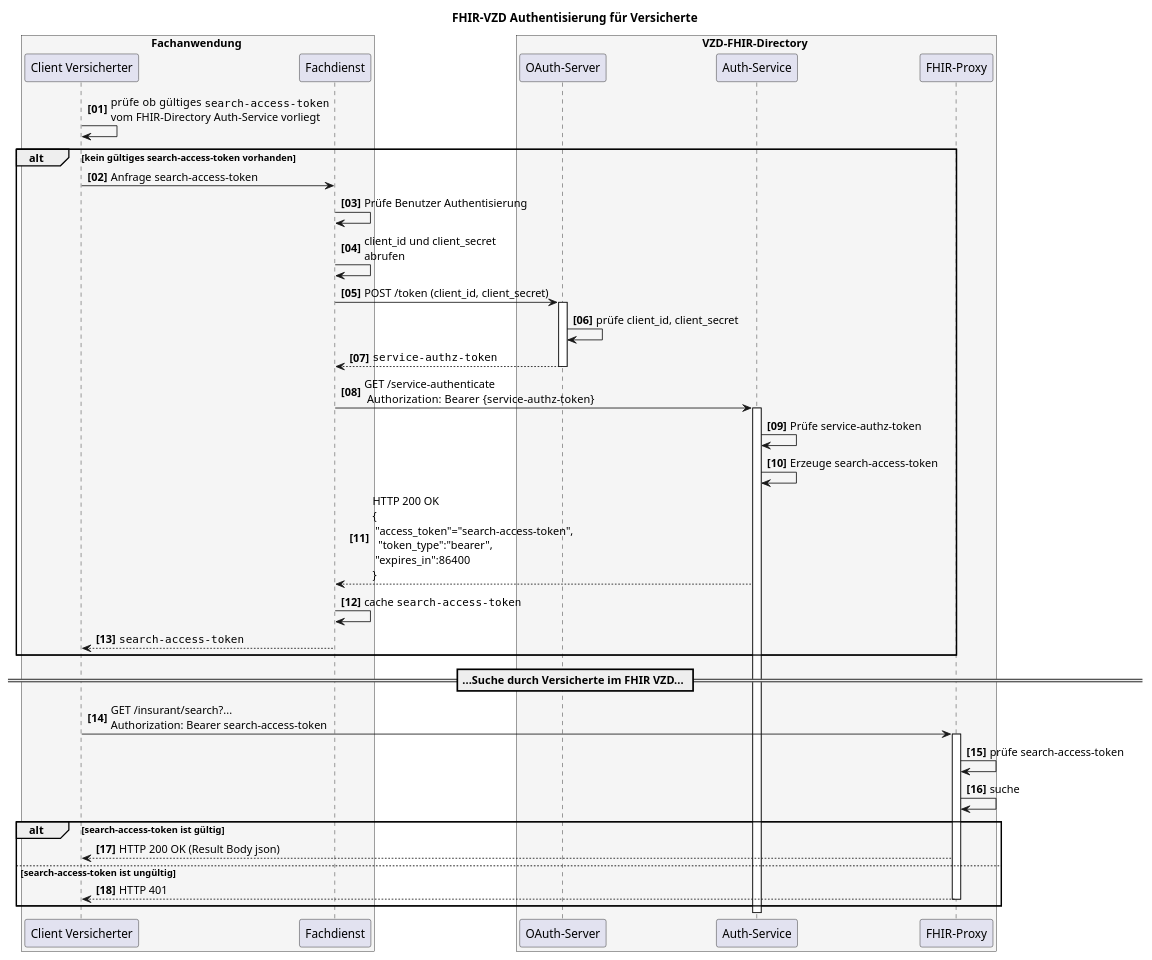
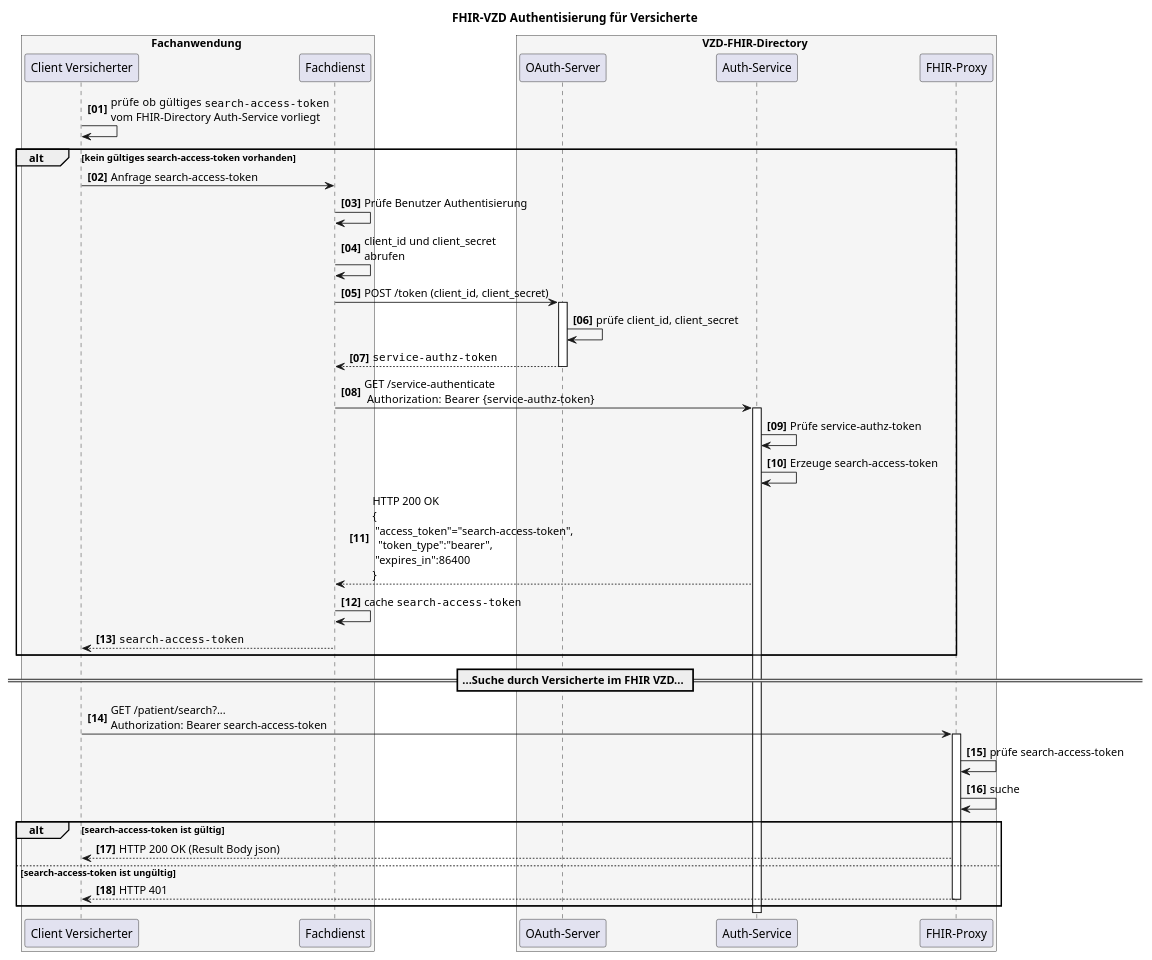
One commit to gematik/api-vzd changed the diagram in src/plantuml/SequenceDiagram.FHIR-Directory.fdv.search.puml. Above: the diagram before and after it, drawn with PlantUML. The commit also changed 1 other file, not shown here.

Commit message:
update to patient

```diff
--- a/src/plantuml/SequenceDiagram.FHIR-Directory.fdv.search.puml
+++ b/src/plantuml/SequenceDiagram.FHIR-Directory.fdv.search.puml
@@ -1,56 +1,56 @@
 @startuml
 autonumber 1 1 "<b>[00]"
 title "FHIR-VZD Authentisierung für Versicherte"
 
 
 box Fachanwendung #WhiteSmoke
     participant VClient as "Client Versicherter"
     participant FDienst as "Fachdienst"
 end box
 
 box VZD-FHIR-Directory #WhiteSmoke
     participant "OAuth-Server" as VzdOAuth
     participant "Auth-Service" as VzdAuth
     participant fp as "FHIR-Proxy"
 end box
 
 
 VClient-> VClient: prüfe ob  gültiges ""search-access-token""\nvom FHIR-Directory Auth-Service vorliegt
 
 
 alt kein gültiges search-access-token vorhanden
    VClient-> FDienst: Anfrage search-access-token
 
    FDienst->FDienst: Prüfe Benutzer Authentisierung
    
    FDienst -> FDienst: client_id und client_secret\nabrufen
    FDienst ->VzdOAuth++: POST /token (client_id, client_secret)
    VzdOAuth->VzdOAuth: prüfe client_id, client_secret
    VzdOAuth-->FDienst--: ""service-authz-token""
 
    FDienst->VzdAuth++: GET /service-authenticate \n Authorization:   Bearer {service-authz-token}
 
    VzdAuth->VzdAuth: Prüfe service-authz-token
 
    VzdAuth->VzdAuth: Erzeuge search-access-token
    VzdAuth-->FDienst: HTTP 200 OK\n{\n "access_token"="search-access-token",\n  "token_type":"bearer",\n "expires_in":86400\n}
 
    FDienst->FDienst: cache ""search-access-token""
 
    FDienst-->VClient: ""search-access-token""
 end
 
 == ...Suche durch Versicherte im FHIR VZD... ==
 
-VClient -> fp: GET /insurant/search?... \nAuthorization: Bearer search-access-token
+VClient -> fp: GET /patient/search?... \nAuthorization: Bearer search-access-token
 activate fp
 fp -> fp: prüfe search-access-token
 fp -> fp: suche
 alt search-access-token ist gültig
    fp --> VClient : HTTP 200 OK (Result Body json)
  else search-access-token ist ungültig
    fp --> VClient : HTTP 401
    deactivate fp
 end
 
 @enduml
```
